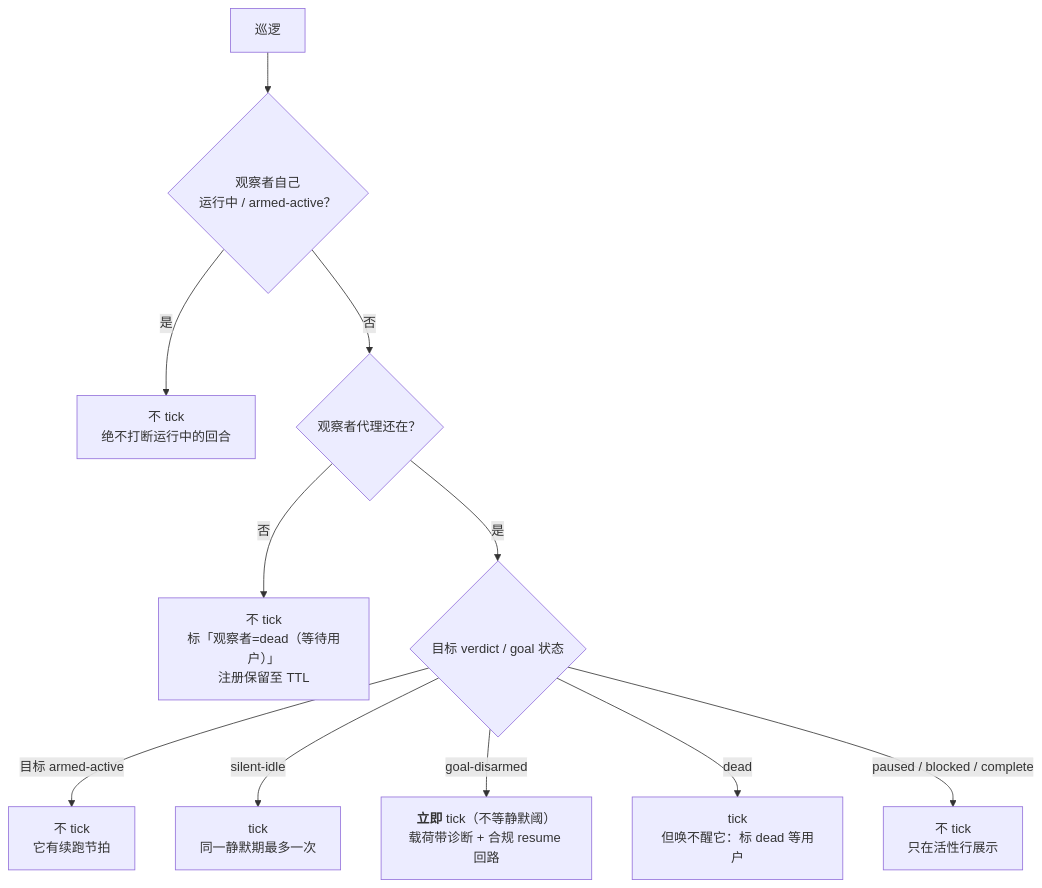
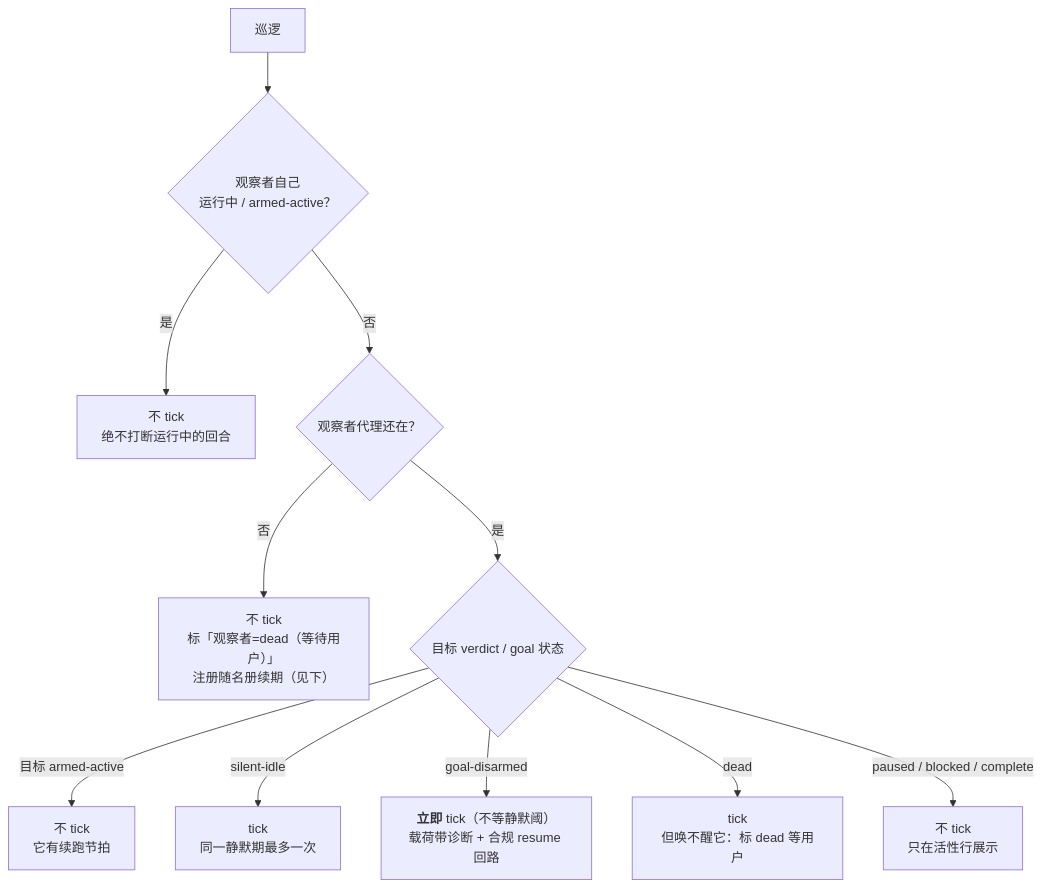
Before and after one commit to shenhuanageshei/dsh-team-link: the sixth of 7 diagrams in README.md, drawn with Mermaid. The commit also changed other lines of this file and 5 other files, not shown here.

````diff
--- a/README.md
+++ b/README.md
@@ -598,13 +598,13 @@
 ```mermaid
 flowchart TD
     P["巡逻"] --> W1{"观察者自己<br/>运行中 / armed-active？"}
     W1 -->|是| SKIP1["不 tick<br/>绝不打断运行中的回合"]
     W1 -->|否| W2{"观察者代理还在？"}
-    W2 -->|否| SKIP2["不 tick<br/>标「观察者=dead（等待用户）」<br/>注册保留至 TTL"]
+    W2 -->|否| SKIP2["不 tick<br/>标「观察者=dead（等待用户）」<br/>注册随名册续期（见下）"]
     W2 -->|是| T{"目标 verdict / goal 状态"}
     T -->|目标 armed-active| S3["不 tick<br/>它有续跑节拍"]
     T -->|silent-idle| TK["tick<br/>同一静默期最多一次"]
     T -->|goal-disarmed| TK2["<b>立即</b> tick（不等静默阈）<br/>载荷带诊断 + 合规 resume 回路"]
     T -->|dead| TK3["tick<br/>但唤不醒它：标 dead 等用户"]
     T -->|paused / blocked / complete| S4["不 tick<br/>只在活性行展示"]
 ```
````
